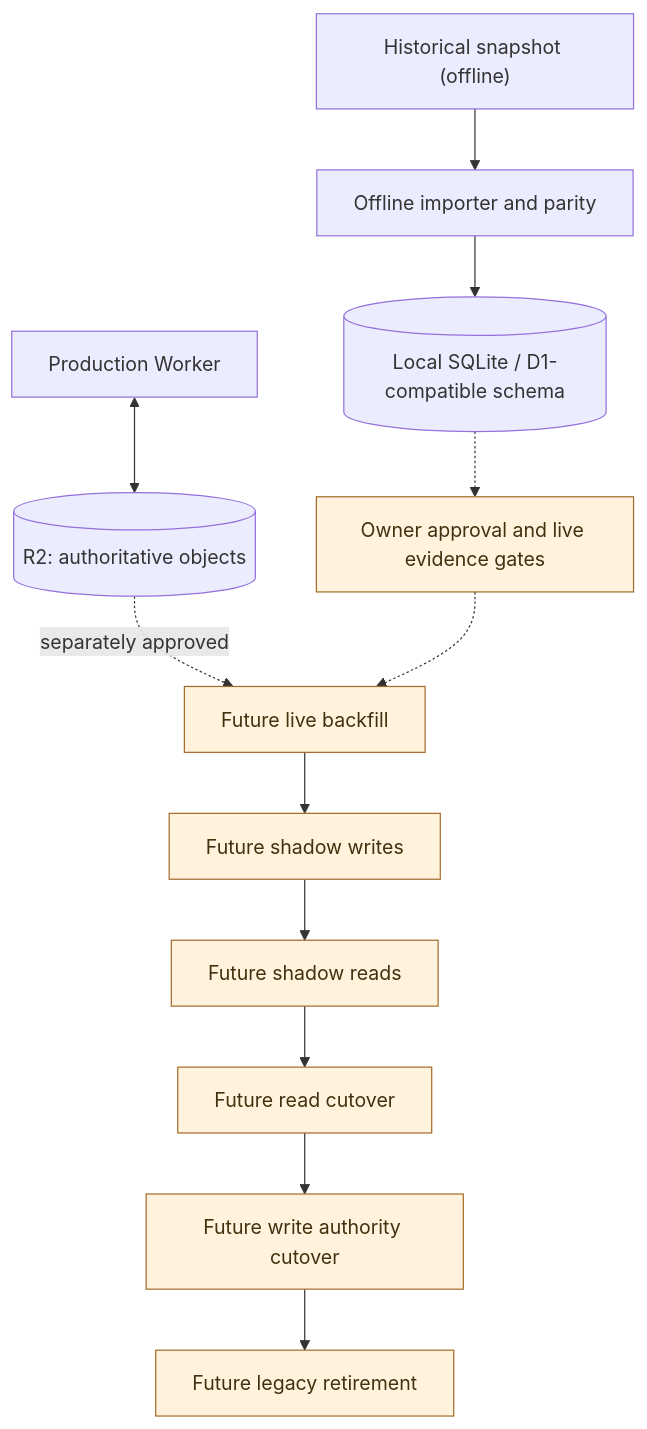
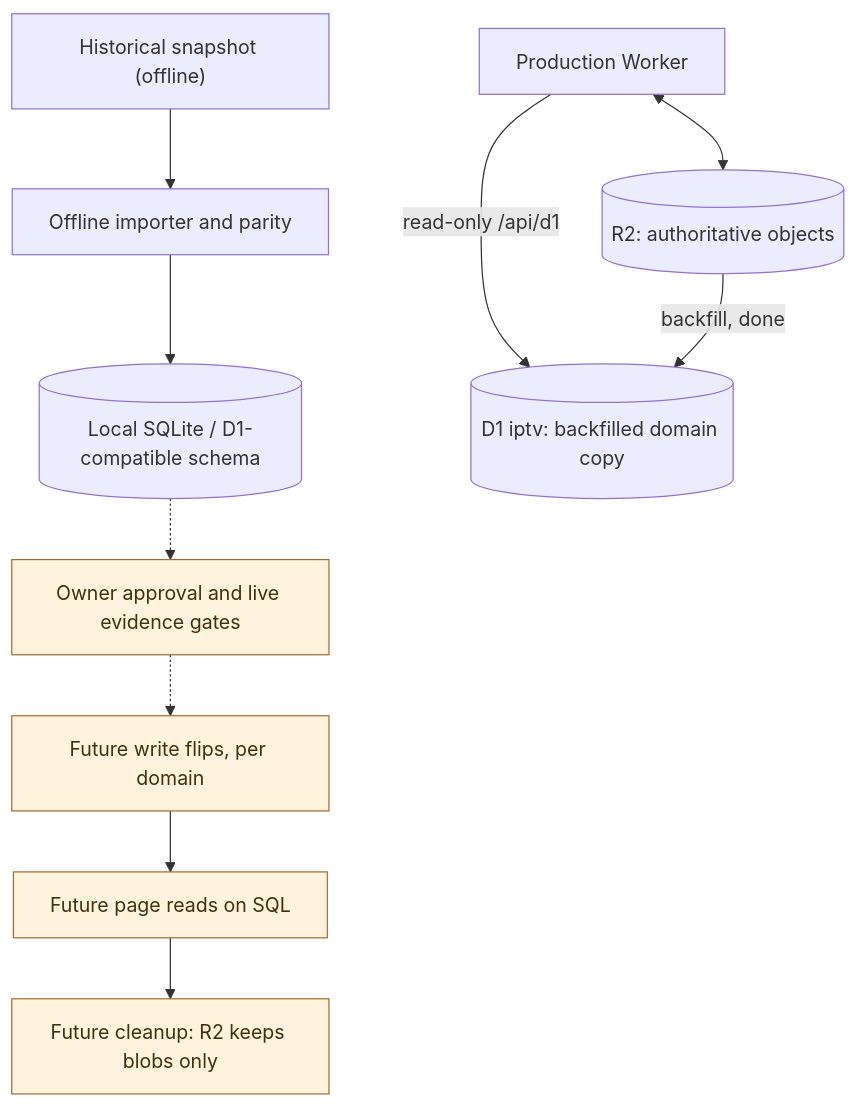
One commit to vladimino/iptv-watchlist changed the diagram in docs/architecture/persistence-and-migration.md. Above: the diagram before and after it, drawn with Mermaid. The commit also changed other lines of this file and 14 other files, not shown here.

First line of the commit message:
AIR-275 phase 1: bind D1 read-only and add relational catalog views

````diff
--- a/docs/architecture/persistence-and-migration.md
+++ b/docs/architecture/persistence-and-migration.md
@@ -5,22 +5,21 @@
 ```mermaid
 flowchart TD
     worker["Production Worker"]
     r2[("R2: authoritative objects")]
     archive["Historical snapshot (offline)"]
     importer["Offline importer and parity"]
     local[("Local SQLite / D1-compatible schema")]
     gate["Owner approval and live evidence gates"]
-    backfill["Future live backfill"]
-    shadowWrite["Future shadow writes"]
-    shadowRead["Future shadow reads"]
-    cutRead["Future read cutover"]
-    cutWrite["Future write authority cutover"]
-    retire["Future legacy retirement"]
+    d1[("D1 iptv: backfilled domain copy")]
+    flipWrite["Future write flips, per domain"]
+    flipRead["Future page reads on SQL"]
+    retire["Future cleanup: R2 keeps blobs only"]
     worker <--> r2
+    worker -->|read-only /api/d1| d1
     archive --> importer --> local
     local -.-> gate
-    r2 -.->|separately approved| backfill
-    gate -.-> backfill --> shadowWrite --> shadowRead --> cutRead --> cutWrite --> retire
+    r2 -->|backfill, done| d1
+    gate -.-> flipWrite --> flipRead --> retire
     classDef future fill:#fff3de,stroke:#a56c2b,color:#42300e
-    class gate,backfill,shadowWrite,shadowRead,cutRead,cutWrite,retire future
+    class gate,flipWrite,flipRead,retire future
 ```
````
